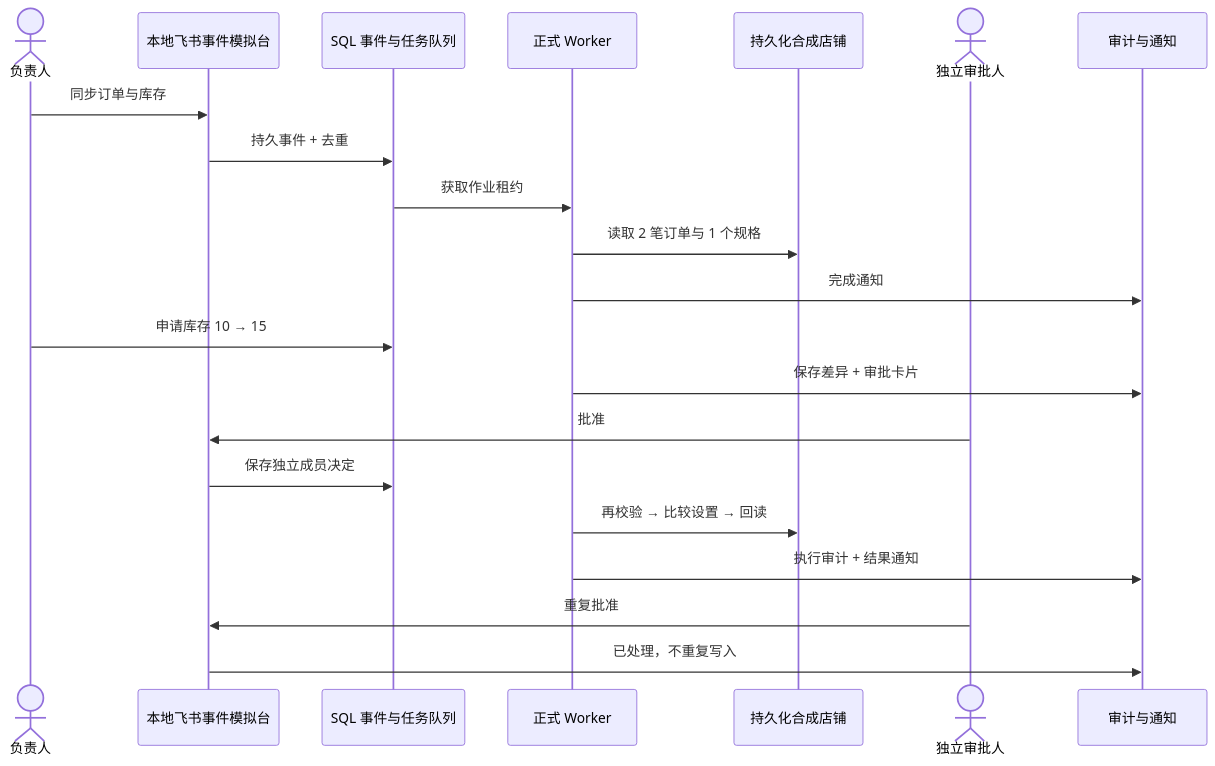
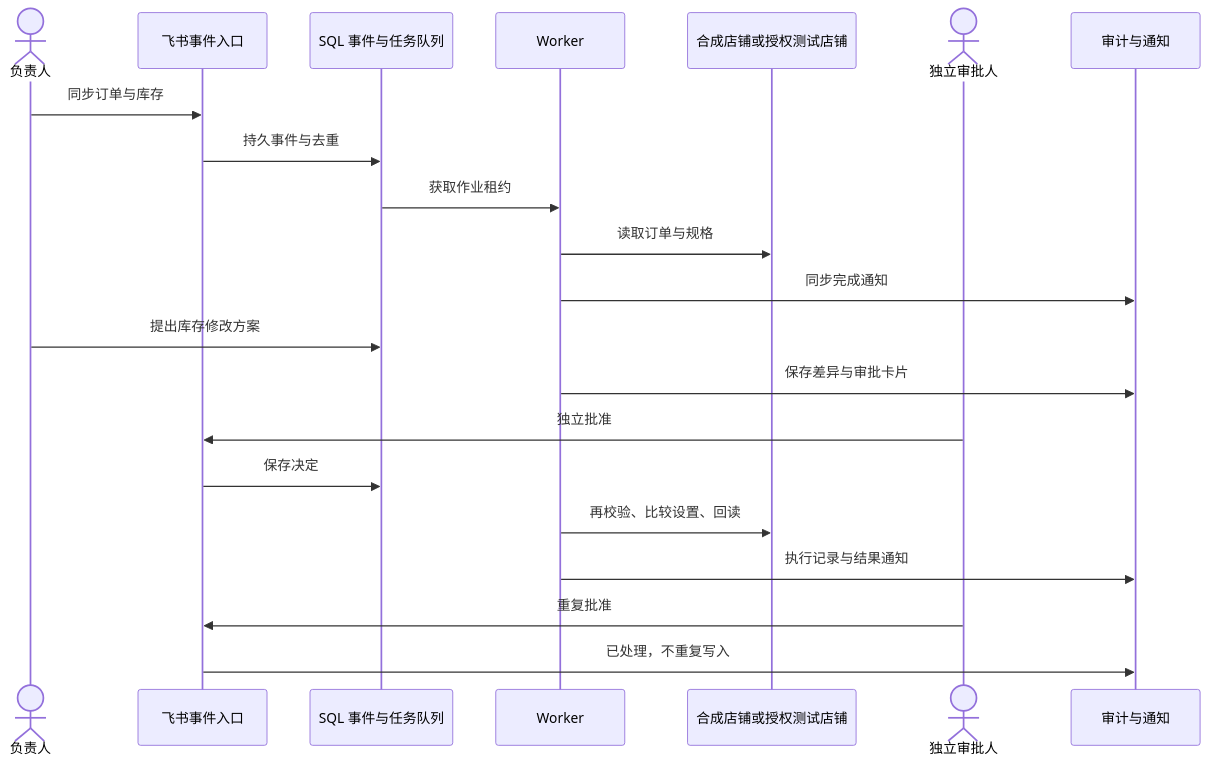
The diagram in docs/TEST_REPORT.md (LyzJames/xiaokua-ai-operations-agent), drawn with Mermaid before and after one commit. The commit also changed other lines of this file and 45 other files, not shown here.

````diff
--- a/docs/TEST_REPORT.md
+++ b/docs/TEST_REPORT.md
@@ -36,23 +40,23 @@
 ```mermaid
 sequenceDiagram
     actor O as 负责人
-    participant F as 本地飞书事件模拟台
+    participant F as 飞书事件入口
     participant Q as SQL 事件与任务队列
-    participant W as 正式 Worker
-    participant S as 持久化合成店铺
+    participant W as Worker
+    participant S as 合成店铺或授权测试店铺
     actor A as 独立审批人
     participant L as 审计与通知
     O->>F: 同步订单与库存
-    F->>Q: 持久事件 + 去重
+    F->>Q: 持久事件与去重
     Q->>W: 获取作业租约
-    W->>S: 读取 2 笔订单与 1 个规格
-    W->>L: 完成通知
-    O->>Q: 申请库存 10 → 15
-    W->>L: 保存差异 + 审批卡片
-    A->>F: 批准
-    F->>Q: 保存独立成员决定
-    W->>S: 再校验 → 比较设置 → 回读
-    W->>L: 执行审计 + 结果通知
+    W->>S: 读取订单与规格
+    W->>L: 同步完成通知
+    O->>Q: 提出库存修改方案
+    W->>L: 保存差异与审批卡片
+    A->>F: 独立批准
+    F->>Q: 保存决定
+    W->>S: 再校验、比较设置、回读
+    W->>L: 执行记录与结果通知
     A->>F: 重复批准
     F->>L: 已处理，不重复写入
 ```
````
